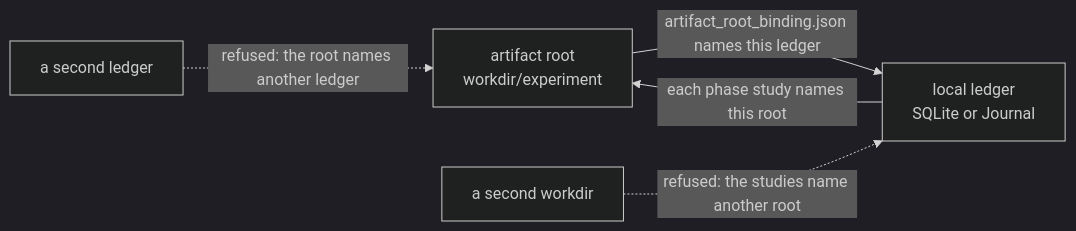
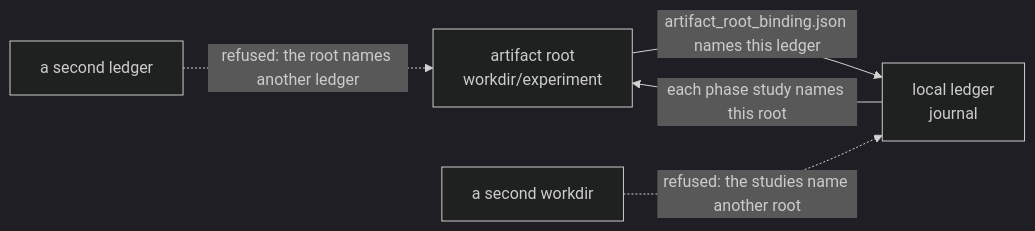
The diagram in docs/runtime.md (pszemraj/phasesweep), drawn with Mermaid (dark theme) before and after one commit. The commit also changed other lines of this file and 328 other files, not shown here.

First line of the commit message:
feat: Optuna's journal as only ledger, consolidate duplicated code (#14)

````diff
--- a/docs/runtime.md
+++ b/docs/runtime.md
@@ -130,9 +122,9 @@
 ```mermaid
 flowchart LR
     root["artifact root<br/>workdir/experiment"]
-    ledger["local ledger<br/>SQLite or Journal"]
+    ledger["local ledger<br/>journal"]
     root -->|"artifact_root_binding.json names this ledger"| ledger
     ledger -->|"each phase study names this root"| root
     other_ledger["a second ledger"] -.->|"refused: the root names another ledger"| root
     other_root["a second workdir"] -.->|"refused: the studies name another root"| ledger
 ```
````
